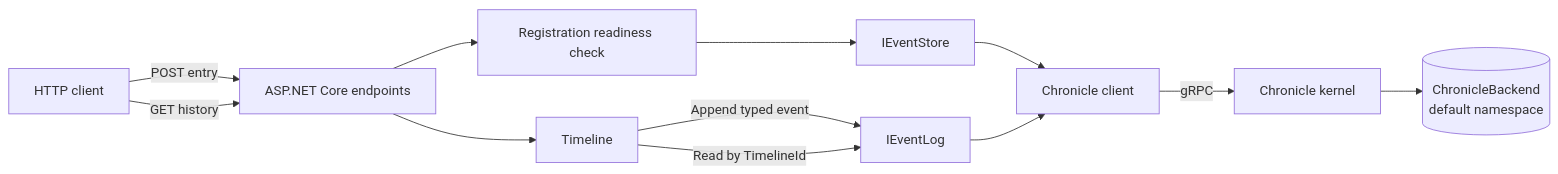
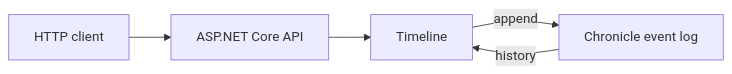
Before and after one commit to Cratis/Samples: the diagram in Chronicle/Backend/README.md, drawn with Mermaid. The commit also changed other lines of this file and 45 other files, not shown here.

````diff
--- a/Chronicle/Backend/README.md
+++ b/Chronicle/Backend/README.md
@@ -19,14 +19,7 @@
 ```mermaid
 flowchart LR
-    caller[HTTP client] -->|POST entry| api[ASP.NET Core endpoints]
-    caller -->|GET history| api
-    api --> readiness[Registration readiness check]
-    readiness --> store[IEventStore]
+    client[HTTP client] --> api[ASP.NET Core API]
     api --> timeline[Timeline]
-    timeline -->|Append typed event| log[IEventLog]
-    timeline -->|Read by TimelineId| log
-    store --> client[Chronicle client]
-    log --> client
-    client -->|gRPC| kernel[Chronicle kernel]
-    kernel --> database[(ChronicleBackend<br/>default namespace)]
+    timeline -->|append| log[Chronicle event log]
+    log -->|history| timeline
 ```
````
